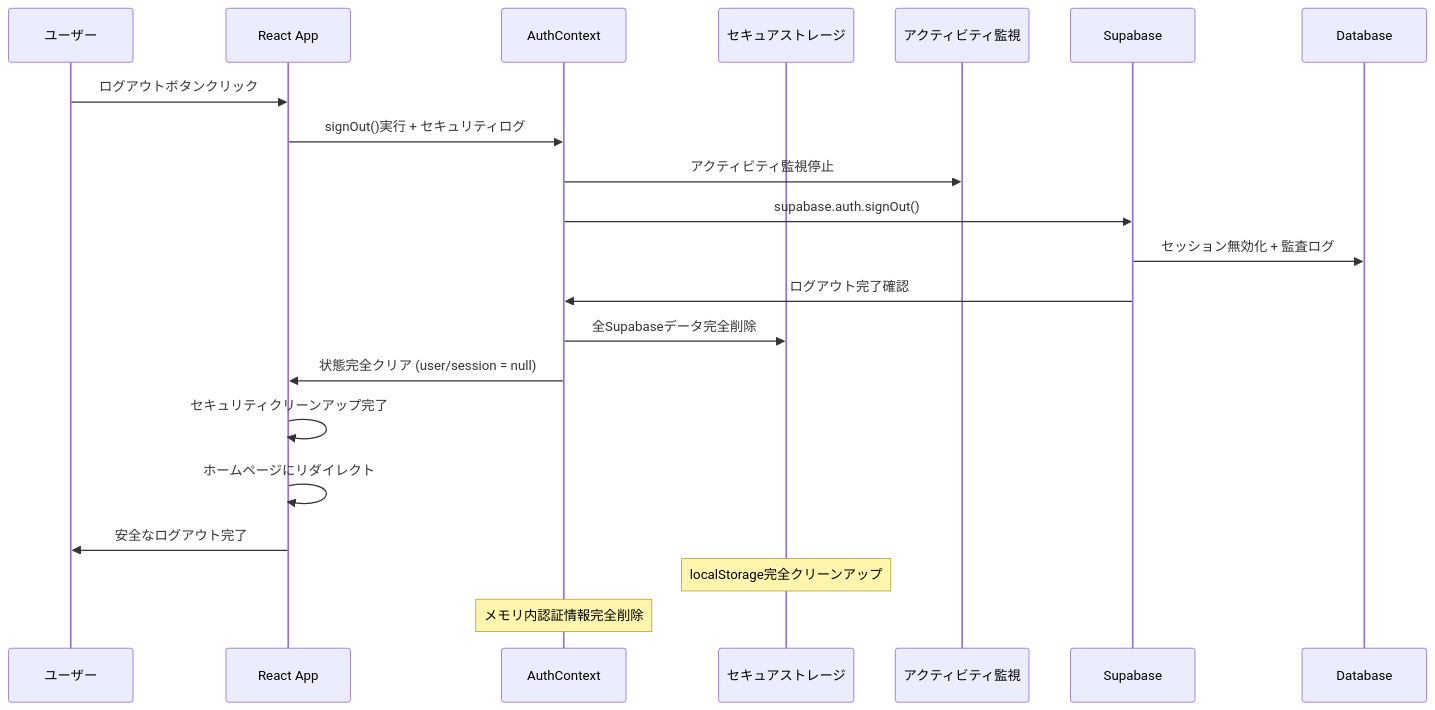
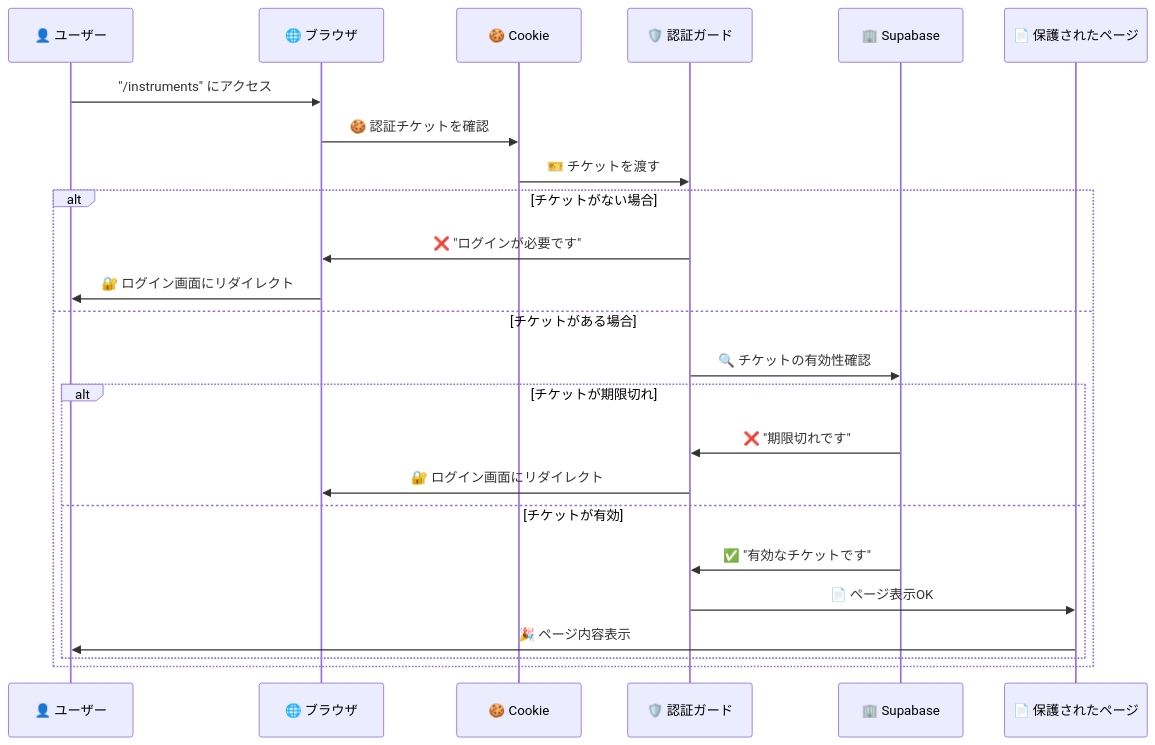
One commit to stopod/bucket-list-app changed the third of 4 diagrams in docs/authentication-guide.md. Above: the diagram before and after it, drawn with Mermaid. The commit also changed other lines of this file, not shown here.

````diff
--- a/docs/authentication-guide.md
+++ b/docs/authentication-guide.md
@@ -195,25 +232,28 @@
 ```mermaid
 sequenceDiagram
-    participant U as ユーザー
-    participant R as React App
-    participant AC as AuthContext
-    participant ST as セキュアストレージ
-    participant AM as アクティビティ監視
-    participant S as Supabase
-    participant DB as Database
+    participant U as 👤 ユーザー
+    participant B as 🌐 ブラウザ
+    participant C as 🍪 Cookie
+    participant G as 🛡️ 認証ガード
+    participant S as 🏢 Supabase
+    participant P as 📄 保護されたページ
 
-    U->>R: ログアウトボタンクリック
-    R->>AC: signOut()実行 + セキュリティログ
-    AC->>AM: アクティビティ監視停止
-    AC->>S: supabase.auth.signOut()
-    S->>DB: セッション無効化 + 監査ログ
-    S->>AC: ログアウト完了確認
-    AC->>ST: 全Supabaseデータ完全削除
-    AC->>R: 状態完全クリア (user/session = null)
-    R->>R: セキュリティクリーンアップ完了
-    R->>R: ホームページにリダイレクト
-    R->>U: 安全なログアウト完了
+    U->>B: "/instruments" にアクセス
+    B->>C: 🍪 認証チケットを確認
+    C->>G: 🎫 チケットを渡す
     
-    Note over ST: localStorage完全クリーンアップ
-    Note over AC: メモリ内認証情報完全削除
+    alt チケットがない場合
+        G->>B: ❌ "ログインが必要です"
+        B->>U: 🔐 ログイン画面にリダイレクト
+    else チケットがある場合
+        G->>S: 🔍 チケットの有効性確認
+        alt チケットが期限切れ
+            S->>G: ❌ "期限切れです"
+            G->>B: 🔐 ログイン画面にリダイレクト
+        else チケットが有効
+            S->>G: ✅ "有効なチケットです"
+            G->>P: 📄 ページ表示OK
+            P->>U: 🎉 ページ内容表示
+        end
+    end
 ```
````
